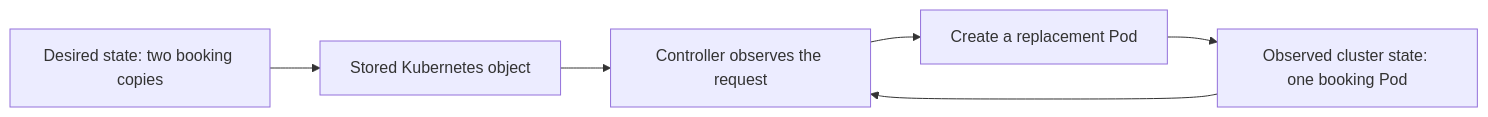
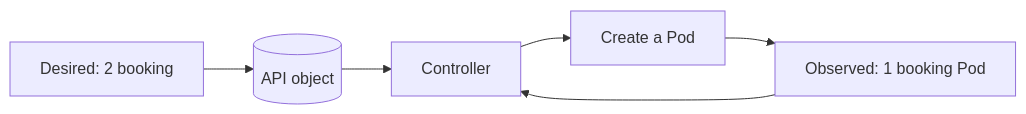
The diagram in docs/learn/cluster/why-orchestration.md (darshan-raul/apollo11-docs), drawn with Mermaid before and after one commit. The commit also changed other lines of this file and 55 other files, not shown here.

````diff
--- a/docs/learn/cluster/why-orchestration.md
+++ b/docs/learn/cluster/why-orchestration.md
@@ -31,8 +24,8 @@
-~~~mermaid
+```mermaid
 flowchart LR
-  Intent[Desired state: two booking copies] --> API[Stored Kubernetes object]
-  API --> Controller[Controller observes the request]
-  Actual[Observed cluster state: one booking Pod] --> Controller
-  Controller --> Action[Create a replacement Pod]
+  Intent[Desired: 2 booking] --> API[(API object)]
+  API --> C[Controller]
+  Actual[Observed: 1 booking Pod] --> C
+  C --> Action[Create a Pod]
   Action --> Actual
-~~~
+```
````
